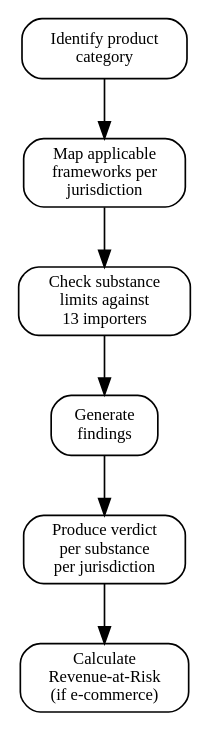
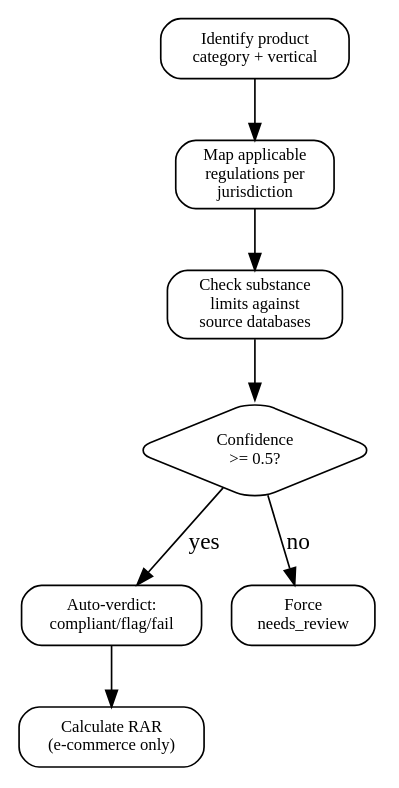
The diagram in skills/product-compliance/SKILL.md (Cleo-Labs-IA/skills_library), drawn with Graphviz before and after one commit. The commit also changed other lines of this file and 14 other files, not shown here.

````diff
--- a/skills/product-compliance/SKILL.md
+++ b/skills/product-compliance/SKILL.md
@@ -31,12 +47,16 @@
 ```dot
 digraph assess {
   rankdir=TB; node [shape=box style=rounded fontsize=10];
-  cat [label="Identify product\ncategory"];
-  fw [label="Map applicable\nframeworks per\njurisdiction"];
-  sub [label="Check substance\nlimits against\n13 importers"];
-  find [label="Generate\nfindings"];
-  verdict [label="Produce verdict\nper substance\nper jurisdiction"];
-  rar [label="Calculate\nRevenue-at-Risk\n(if e-commerce)"];
-  cat -> fw -> sub -> find -> verdict -> rar;
+  cat [label="Identify product\ncategory + vertical"];
+  fw [label="Map applicable\nregulations per\njurisdiction"];
+  sub [label="Check substance\nlimits against\nsource databases"];
+  conf [label="Confidence\n>= 0.5?" shape=diamond];
+  verdict [label="Auto-verdict:\ncompliant/flag/fail"];
+  review [label="Force\nneeds_review"];
+  rar [label="Calculate RAR\n(e-commerce only)"];
+  cat -> fw -> sub -> conf;
+  conf -> verdict [label="yes"];
+  conf -> review [label="no"];
+  verdict -> rar;
 }
 ```
````
